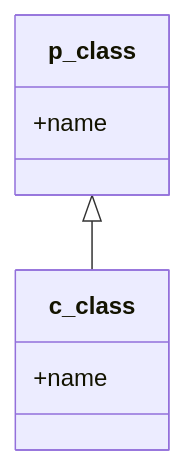
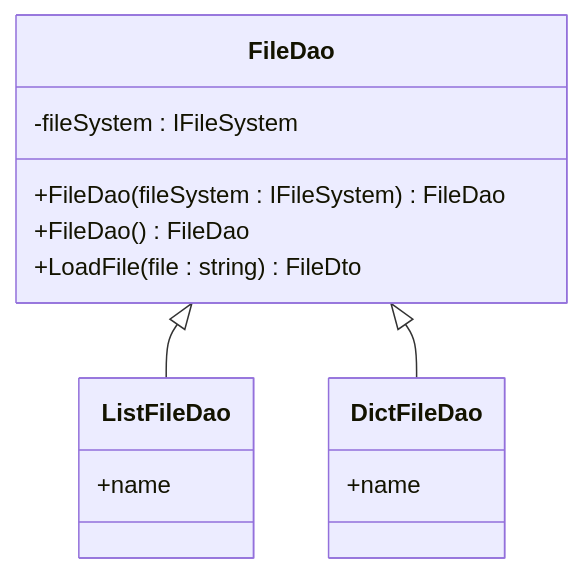
One commit to koolsecond/RunTimeRecords_Python3 changed the diagram in doc/class.md. Above: the diagram before and after it, drawn with Mermaid. The commit also changed 4 other files, not shown here.

````diff
--- a/doc/class.md
+++ b/doc/class.md
@@ -1,10 +1,17 @@
 ```mermaid
 classDiagram
-p_class <|-- c_class
-class p_class{
+FileDao <|-- ListFileDao
+FileDao <|-- DictFileDao
+class FileDao{
+ -fileSystem : IFileSystem
+ +FileDao(fileSystem : IFileSystem) FileDao
+ +FileDao() FileDao
+ +LoadFile(file : string) FileDto
+}
+class ListFileDao{
  +name
 }
-class c_class{
+class DictFileDao{
  +name
 }
 ```
````
